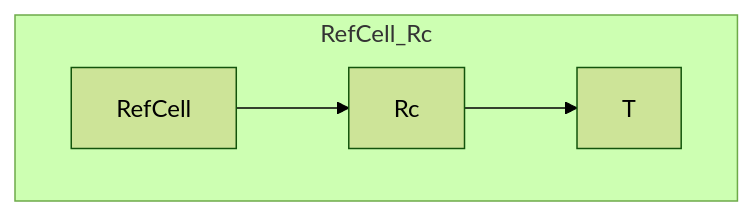
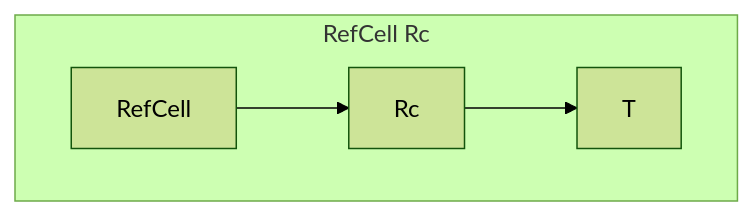
Before and after one commit to xmlbuilder/RustTutorial: the second of 4 diagrams in Chapter-15(SmartPointers_and_MemoryModels)/19-Smart_Pointer_순서.md, drawn with Mermaid (forest theme). The commit also changed other lines of this file, not shown here.

````diff
--- a/Chapter-15(SmartPointers_and_MemoryModels)/19-Smart_Pointer_순서.md
+++ b/Chapter-15(SmartPointers_and_MemoryModels)/19-Smart_Pointer_순서.md
@@ -152,10 +152,10 @@
 ```mermaid
 graph TD
-  subgraph RefCell_Rc
+  subgraph RefCell Rc
     B1[RefCell]
     B2[Rc]
     B3[T]
     B1 --> B2
     B2 --> B3
   end
 ```
````
